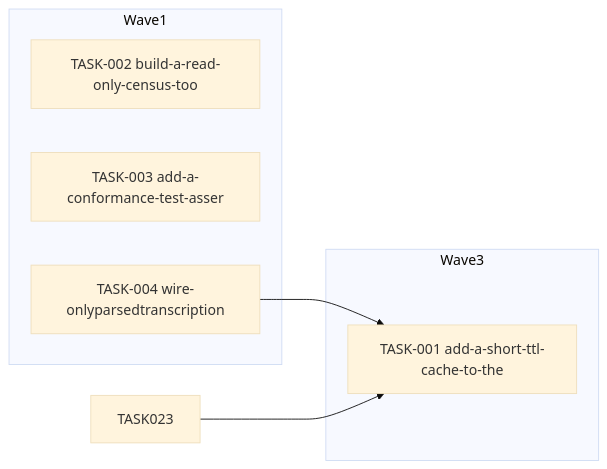
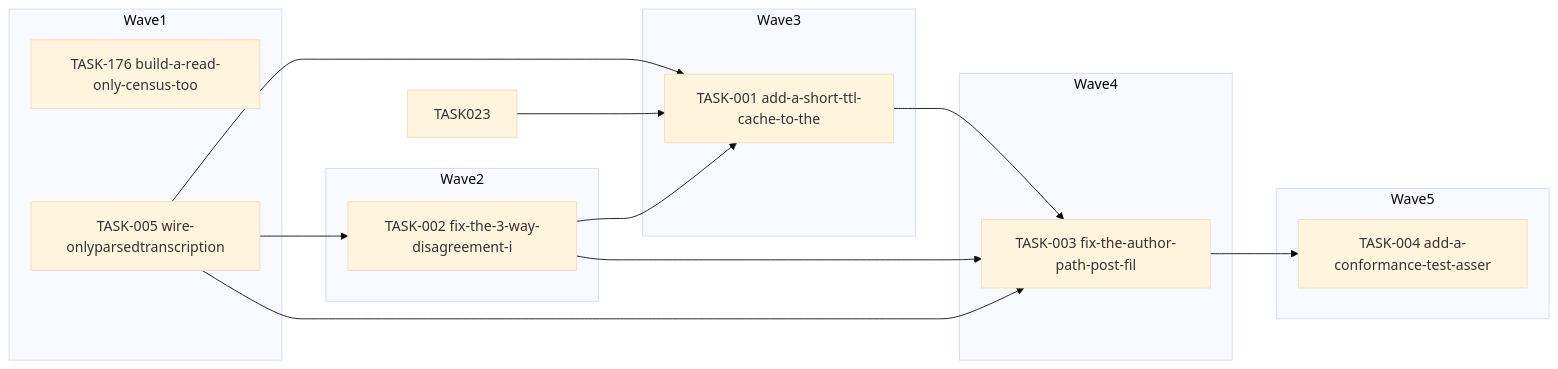
The diagram in docs/agent-tasks/todo-completion/audiobooks/orchestration.md (falkcorp/audiobook-organizer), drawn with Mermaid (base theme) before and after one commit. The commit also changed other lines of this file and 406 other files, not shown here.

````diff
--- a/docs/agent-tasks/todo-completion/audiobooks/orchestration.md
+++ b/docs/agent-tasks/todo-completion/audiobooks/orchestration.md
@@ -12,13 +12,27 @@
 ```mermaid
 flowchart LR
     subgraph Wave1
-      TASK002[TASK-002 build-a-read-only-census-too]
-      TASK003[TASK-003 add-a-conformance-test-asser]
-      TASK004[TASK-004 wire-onlyparsedtranscription]
+      TASK176[TASK-176 build-a-read-only-census-too]
+      TASK005[TASK-005 wire-onlyparsedtranscription]
+    end
+    subgraph Wave2
+      TASK002[TASK-002 fix-the-3-way-disagreement-i]
     end
     subgraph Wave3
       TASK001[TASK-001 add-a-short-ttl-cache-to-the]
     end
-    TASK004 --> TASK001
+    subgraph Wave4
+      TASK003[TASK-003 fix-the-author-path-post-fil]
+    end
+    subgraph Wave5
+      TASK004[TASK-004 add-a-conformance-test-asser]
+    end
+    TASK001 --> TASK003
+    TASK002 --> TASK001
+    TASK002 --> TASK003
+    TASK003 --> TASK004
+    TASK005 --> TASK001
+    TASK005 --> TASK002
+    TASK005 --> TASK003
     TASK023 --> TASK001
 ```
````
